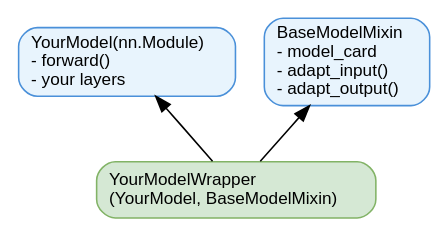
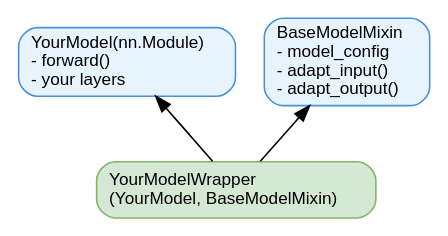
Before and after one commit to NVIDIA/nvalchemi-toolkit: the diagram in docs/userguide/models.md, drawn with Graphviz. The commit also changed other lines of this file and 48 other files, not shown here.

Commit message:
merge model card and config, update docs

````diff
--- a/docs/userguide/models.md
+++ b/docs/userguide/models.md
@@ -44,30 +43,30 @@
 ```{graphviz}
 :caption: Multiple-inheritance pattern for model wrapping.
 
 digraph model_inheritance {
     rankdir=BT
     compound=true
     fontname="Helvetica"
     node [fontname="Helvetica" fontsize=11 shape=box style="filled,rounded"]
     edge [fontname="Helvetica" fontsize=10]
 
     YourModel [
         label="YourModel(nn.Module)\l- forward()\l- your layers\l"
         fillcolor="#E8F4FD"
         color="#4A90D9"
     ]
     BaseModelMixin [
-        label="BaseModelMixin\l- model_card\l- adapt_input()\l- adapt_output()\l"
+        label="BaseModelMixin\l- model_config\l- adapt_input()\l- adapt_output()\l"
         fillcolor="#E8F4FD"
         color="#4A90D9"
     ]
     YourModelWrapper [
         label="YourModelWrapper\l(YourModel, BaseModelMixin)\l"
         fillcolor="#D5E8D4"
         color="#82B366"
     ]
 
     YourModelWrapper -> YourModel
     YourModelWrapper -> BaseModelMixin
 }
 ```
````
